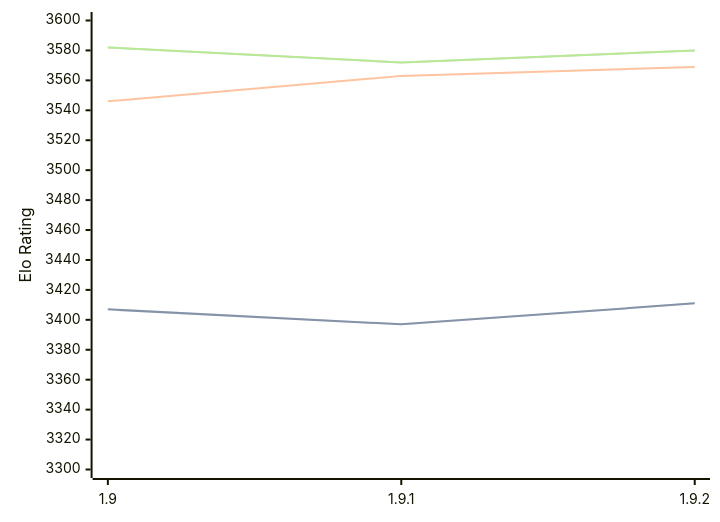
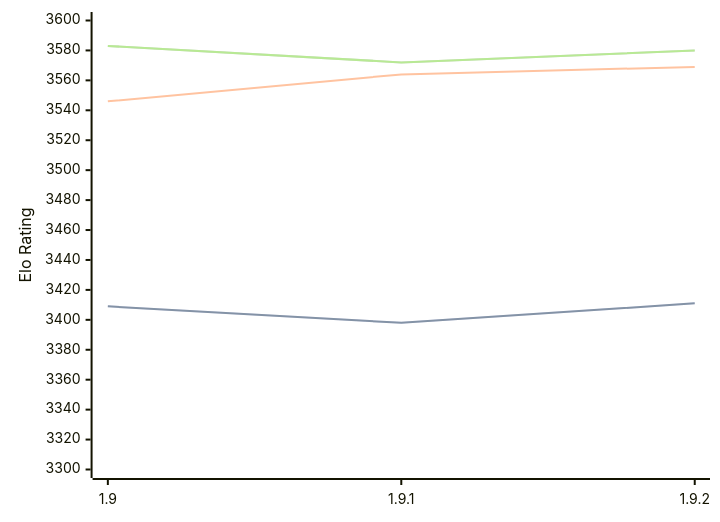
The diagram in engines/Pawnocchio.md (computer-chess-index/cci), drawn with Mermaid before and after one commit. The commit also changed other lines of this file, not shown here.

Commit message:
Update CCI Ratings (ELO VLTC) - 2026-02-15

````diff
--- a/engines/Pawnocchio.md
+++ b/engines/Pawnocchio.md
@@ -45,11 +45,11 @@
 ```mermaid
 %%{init: {"theme":"base","themeVariables":{"seriesColors:['#a3a3a3','#222221','#faa371']}}}%%
 xychart-beta
   x-axis ["1.9", "1.9.1", "1.9.2"]
   y-axis "Elo Rating" 3300 --> 3600
-  line "STC (8.0+0.08s)" [3407, 3397, 3411]
-  line "STC (8.0+0.08s)" [3407, 3397, 3411]
-  line "LTC (60.0+0.60s)" [3546, 3563, 3569]
-  line "VLTC (2m24s+1.12s)" [3582, 3572, 3580]
-  line "VLTC (2m24s+1.12s)" [3582, 3572, 3580]
+  line "STC (8.0+0.08s)" [3409, 3398, 3411]
+  line "STC (8.0+0.08s)" [3409, 3398, 3411]
+  line "LTC (60.0+0.60s)" [3546, 3564, 3569]
+  line "VLTC (2m24s+1.12s)" [3583, 3572, 3580]
+  line "VLTC (2m24s+1.12s)" [3583, 3572, 3580]
 ```
````
